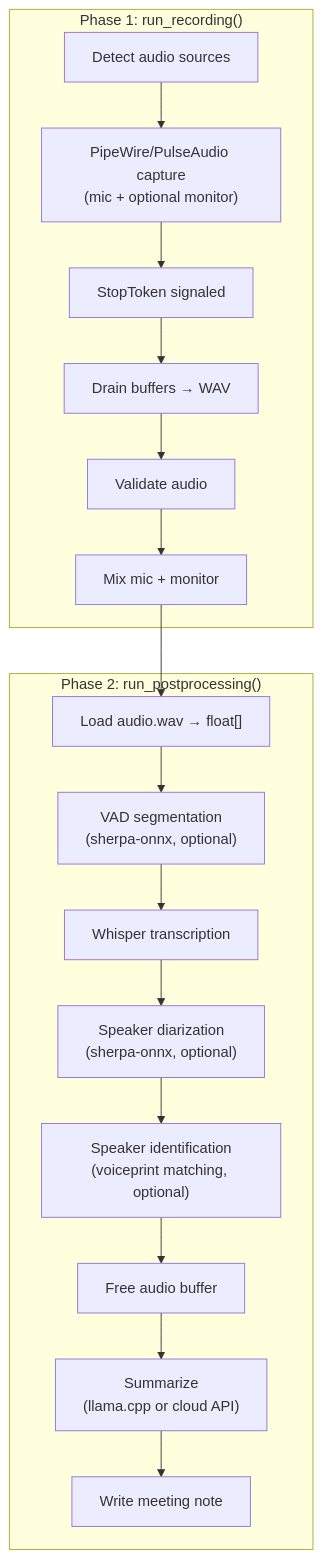
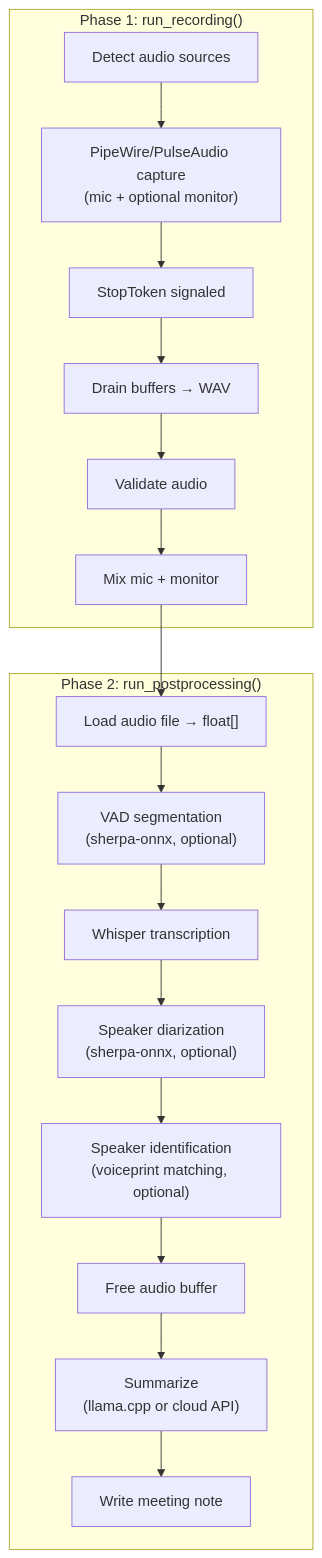
One commit to suykerbuyk/recmeet changed the second of 10 diagrams in docs/ARCHITECTURE.md. Above: the diagram before and after it, drawn with Mermaid. The commit also changed other lines of this file and 9 other files, not shown here.

First line of the commit message:
feat: timestamped audio filenames — audio.wav → audio_YYYY-MM-DD_HH-MM.wav

````diff
--- a/docs/ARCHITECTURE.md
+++ b/docs/ARCHITECTURE.md
@@ -202,26 +202,26 @@
 ```mermaid
 flowchart TD
     subgraph "Phase 1: run_recording()"
         DETECT["Detect audio sources"]
         CAPTURE["PipeWire/PulseAudio capture<br/>(mic + optional monitor)"]
         STOP["StopToken signaled"]
         DRAIN["Drain buffers → WAV"]
         VALIDATE["Validate audio"]
         MIX["Mix mic + monitor"]
     end
 
     subgraph "Phase 2: run_postprocessing()"
-        LOAD_AUDIO["Load audio.wav → float[]"]
+        LOAD_AUDIO["Load audio file → float[]"]
         VAD["VAD segmentation<br/>(sherpa-onnx, optional)"]
         TRANSCRIBE["Whisper transcription"]
         DIARIZE["Speaker diarization<br/>(sherpa-onnx, optional)"]
         IDENTIFY["Speaker identification<br/>(voiceprint matching, optional)"]
         FREE_AUDIO["Free audio buffer"]
         SUMMARIZE["Summarize<br/>(llama.cpp or cloud API)"]
         NOTE["Write meeting note"]
     end
 
     DETECT --> CAPTURE --> STOP --> DRAIN --> VALIDATE --> MIX
     MIX --> LOAD_AUDIO --> VAD --> TRANSCRIBE --> DIARIZE
     DIARIZE --> IDENTIFY --> FREE_AUDIO --> SUMMARIZE --> NOTE
 ```
````
